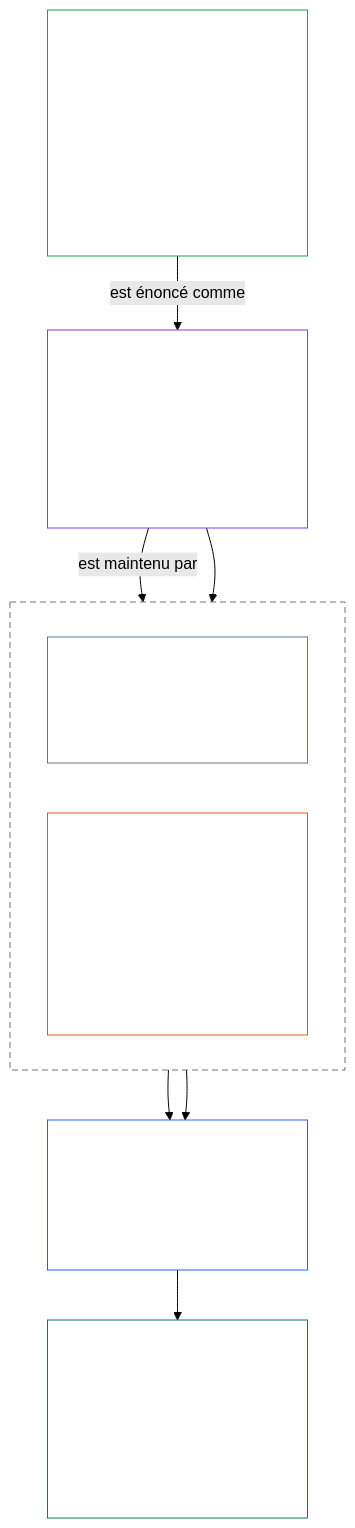
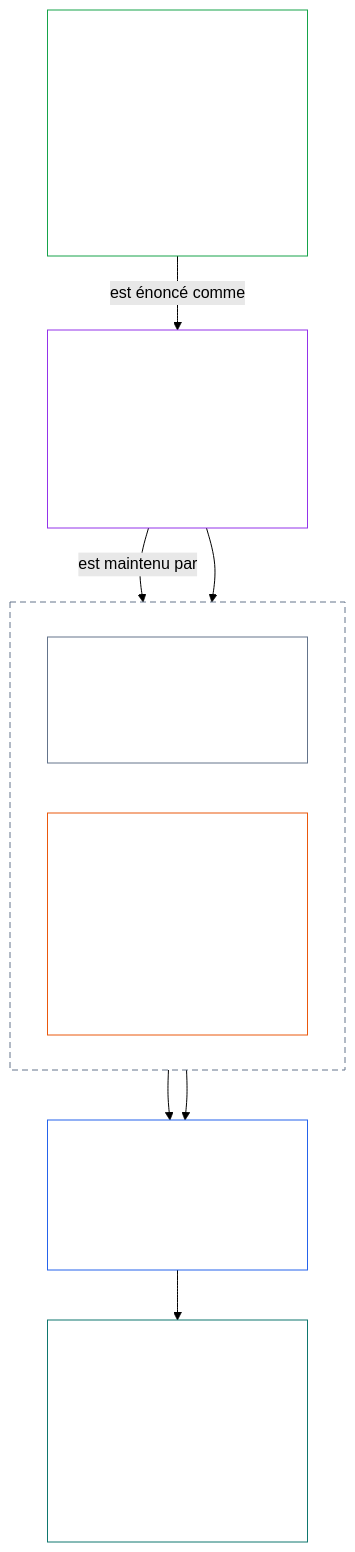
One commit to kfoelsch/Sentient_Constitution changed the second of 3 diagrams in translations/fr/core_01_a_values_principles.md. Above: the diagram before and after it, drawn with Mermaid (forest theme). The commit also changed other lines of this file and 459 other files, not shown here.

````diff
--- a/translations/fr/core_01_a_values_principles.md
+++ b/translations/fr/core_01_a_values_principles.md
@@ -199,25 +199,25 @@
 ```mermaid
 flowchart TB
     F["Objectif d’épanouissement<br/><br/>• Le bien-être sentient est maintenu par la vérité, la sécurité,<br/>la fiabilité et une agentivité significative<br/>• Toujours limité par le socle des droits"]
     W["§3 Bien-être (le résultat)<br/><br/>• §3.1 Équité<br/>• §3.2 Reconnaissance, renforcement et aspiration<br/>• §3.3 Procédure non dégradante"]
     subgraph NN["Non négociable (§2.1)"]
         direction LR
         S["§4 Sécurité<br/><br/>• Contrainte relative au préjudice"]
         T["§5 Vérité<br/><br/>• Intégrité épistémique<br/>• §5.1 Enquête fondée sur les sciences<br/>et aide à la décision<br/>• §5.2 Accessibilité en langage clair"]
     end
     R["§6 Confiance<br/><br/>• Intégrité de la coordination<br/>• §6.1 Correction et réparation"]
-    G["§7 Liberté<br/><br/>• Agentivité encadrée<br/>• §7.1 Discipline des restrictions<br/>• §§7.2 à 7.4 Assemblée,<br/>contestation et départ"]
+    G["§7 Liberté<br/><br/>• Agentivité encadrée<br/>• §7.1 Discipline des restrictions<br/>• §§7.2 à 7.5 Assemblée,<br/>contestation, départ et<br/>limites de l'expression"]
     F -->|"est énoncé comme"| W
     W -->|"est maintenu par"| S
     W --> T
     S --> R
     T --> R
     R --> G
     style NN fill:none,stroke:#64748b,stroke-dasharray:6 4,color:#ffffff
     style F fill:none,stroke:#16a34a,color:#ffffff
     style W fill:none,stroke:#9333ea,color:#ffffff
     style S fill:none,stroke:#64748b,color:#ffffff
     style T fill:none,stroke:#ea580c,color:#ffffff
     style R fill:none,stroke:#2563eb,color:#ffffff
     style G fill:none,stroke:#0f766e,color:#ffffff
 ```
````
